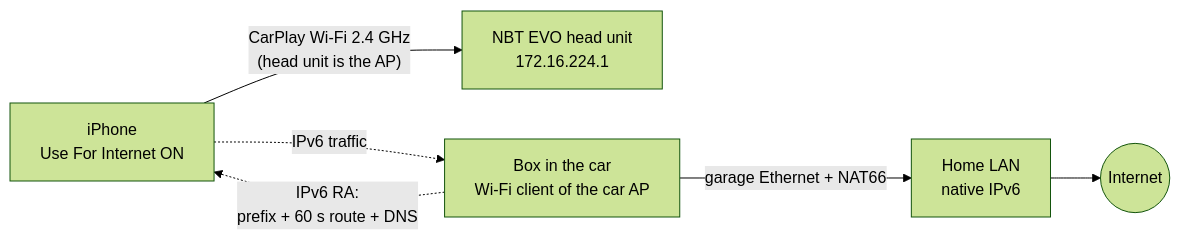
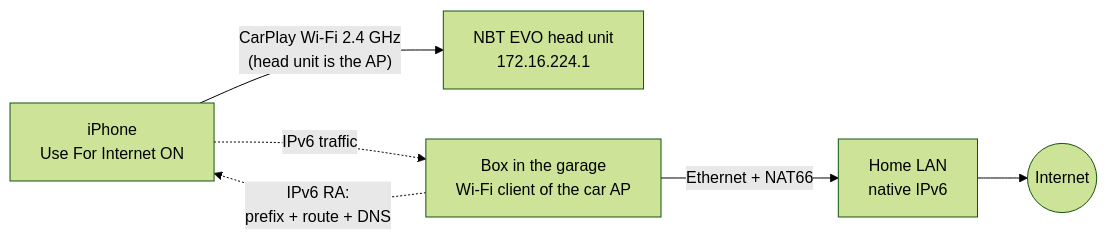
Before and after one commit to ParkWardRR/internet-over-wireless-carplay: the diagram in README.md, drawn with Mermaid (forest theme). The commit also changed other lines of this file and 2 other files, not shown here.

First line of the commit message:
docs: rewrite the README and roadmap against the live box

````diff
--- a/README.md
+++ b/README.md
@@ -55,8 +85,8 @@
 ```mermaid
 flowchart LR
   P[iPhone<br/>Use For Internet ON] -- "CarPlay Wi-Fi 2.4 GHz<br/>(head unit is the AP)" --> HU[NBT EVO head unit<br/>172.16.224.1]
-  B[Box in the car<br/>Wi-Fi client of the car AP] -. "IPv6 RA:<br/>prefix + 60 s route + DNS" .-> P
+  B[Box in the garage<br/>Wi-Fi client of the car AP] -. "IPv6 RA:<br/>prefix + route + DNS" .-> P
   P -. "IPv6 traffic" .-> B
-  B -- "garage Ethernet + NAT66" --> L[Home LAN<br/>native IPv6]
+  B -- "Ethernet + NAT66" --> L[Home LAN<br/>native IPv6]
   L --> W((Internet))
 ```
````
